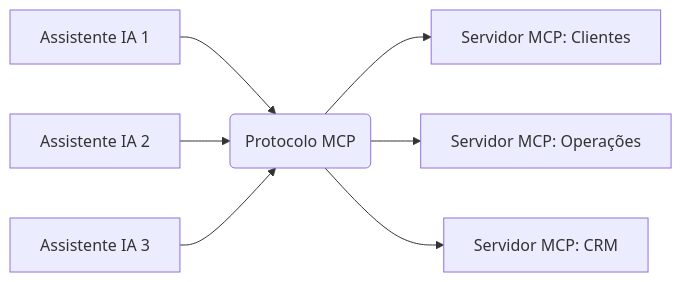
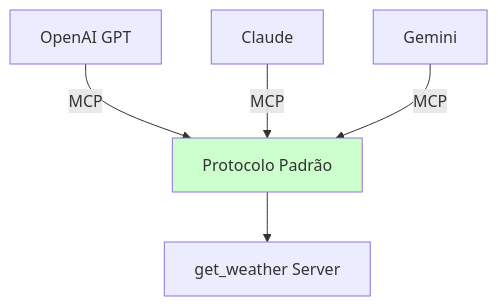
The fourth of 16 diagrams in AI/Comunicação/MCP/00-mcp-presentation-zero to hero.md (felipepimentel/my-public-notes), drawn with Mermaid before and after one commit. The commit also changed other lines of this file, not shown here.

````diff
--- a/AI/Comunicação/MCP/00-mcp-presentation-zero to hero.md
+++ b/AI/Comunicação/MCP/00-mcp-presentation-zero to hero.md
@@ -88,9 +66,9 @@
 ```mermaid
-graph LR
-    A1[Assistente IA 1] --> C1(Protocolo MCP)
-    A2[Assistente IA 2] --> C1(Protocolo MCP)
-    A3[Assistente IA 3] --> C1(Protocolo MCP)
-    C1 --> S1[Servidor MCP: Clientes]
-    C1 --> S2[Servidor MCP: Operações]
-    C1 --> S3[Servidor MCP: CRM]
+graph TD
+    A1[OpenAI GPT] -->|MCP| P[Protocolo Padrão]
+    A2[Claude] -->|MCP| P
+    A3[Gemini] -->|MCP| P
+    P --> F[get_weather Server]
+    
+    style P fill:#ccffcc
 ```
````
